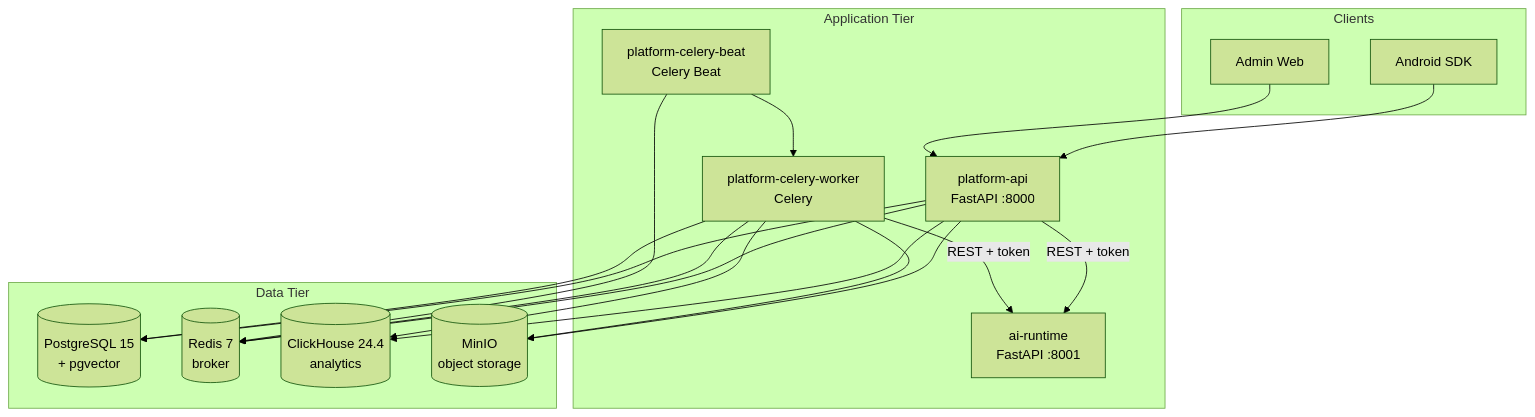
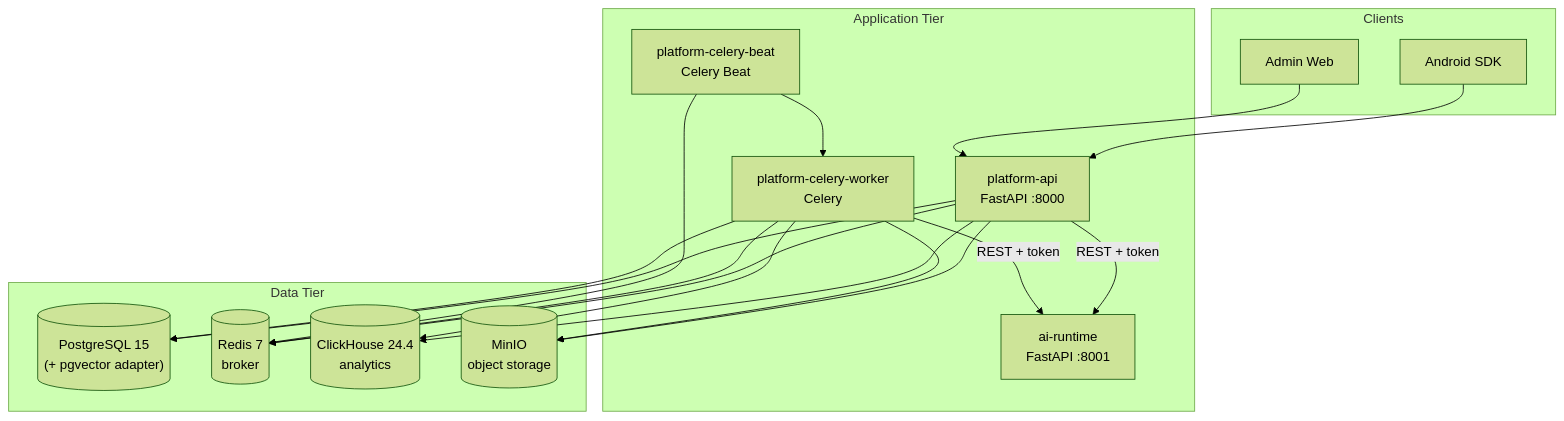
One commit to sanket04-beehyv/spice-coaching changed the second of 11 diagrams in docs/ARCHITECTURE.md. Above: the diagram before and after it, drawn with Mermaid (forest theme). The commit also changed other lines of this file and 501 other files, not shown here.

````diff
--- a/docs/ARCHITECTURE.md
+++ b/docs/ARCHITECTURE.md
@@ -145,36 +142,36 @@
 ```mermaid
 graph TD
     subgraph "Clients"
         SDK[Android SDK]
         Admin[Admin Web]
     end
 
     subgraph "Application Tier"
         API["platform-api\nFastAPI :8000"]
         Worker["platform-celery-worker\nCelery"]
         Beat["platform-celery-beat\nCelery Beat"]
         AI["ai-runtime\nFastAPI :8001"]
     end
 
     subgraph "Data Tier"
-        PG[("PostgreSQL 15\n+ pgvector")]
+        PG[("PostgreSQL 15\n(+ pgvector adapter)")]
         Redis[("Redis 7\nbroker")]
         CH[("ClickHouse 24.4\nanalytics")]
         MinIO[("MinIO\nobject storage")]
     end
 
     SDK --> API
     Admin --> API
     API --> PG
     API --> Redis
     API --> CH
     API --> MinIO
     API -->|REST + token| AI
     Worker --> Redis
     Worker --> PG
     Worker --> MinIO
     Worker -->|REST + token| AI
     Beat --> Redis
     Beat --> Worker
     Worker --> CH
 ```
````
